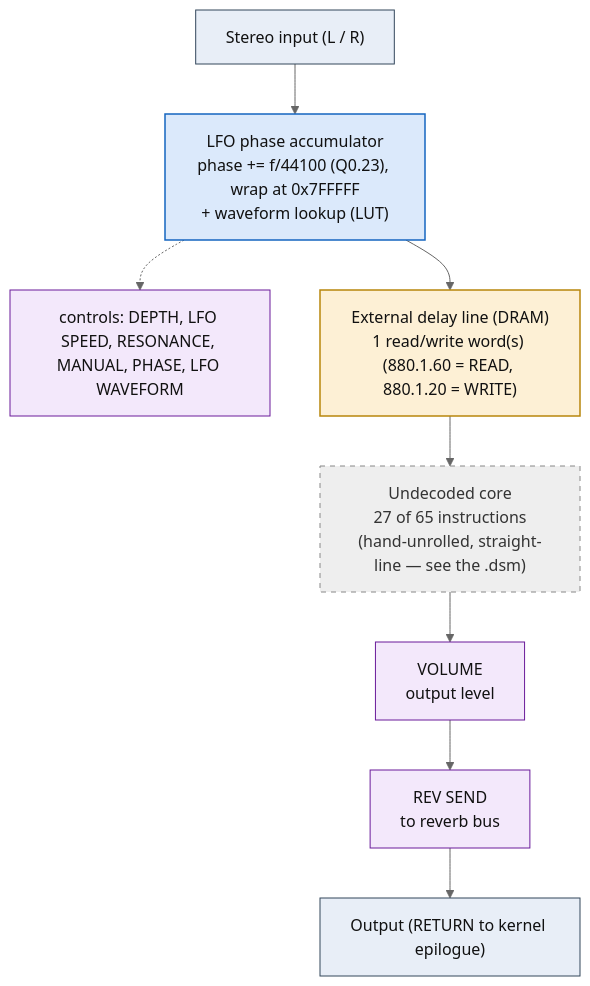
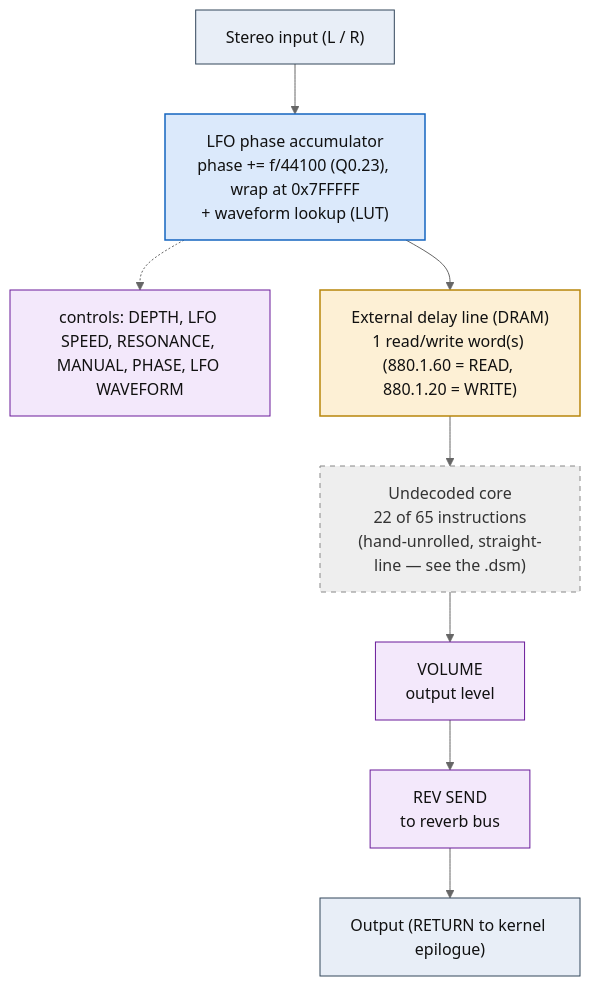
The diagram in dsp/flowcharts/prog04_flanger.md (ArqueologiaDigital/kn5000-roms-disasm), drawn with Mermaid (neutral theme) before and after one commit. The commit also changed other lines of this file and 78 other files, not shown here.

````diff
--- a/dsp/flowcharts/prog04_flanger.md
+++ b/dsp/flowcharts/prog04_flanger.md
@@ -12,30 +12,30 @@
 ```mermaid
 flowchart TD
     N0["Stereo input (L / R)"]
     N1["LFO phase accumulator<br/>phase += f/44100 (Q0.23), wrap at 0x7FFFFF<br/>+ waveform lookup (LUT)"]
     N0 --> N1
     N2["controls: DEPTH, LFO SPEED, RESONANCE, MANUAL, PHASE, LFO WAVEFORM"]
     N1 -.-> N2
     N3["External delay line (DRAM)<br/>1 read/write word(s) (880.1.60 = READ, 880.1.20 = WRITE)"]
     N1 --> N3
-    N4["Undecoded core<br/>27 of 65 instructions<br/>(hand-unrolled, straight-line &mdash; see the .dsm)"]
+    N4["Undecoded core<br/>22 of 65 instructions<br/>(hand-unrolled, straight-line &mdash; see the .dsm)"]
     N3 --> N4
     N5["VOLUME<br/>output level"]
     N4 --> N5
     N6["REV SEND<br/>to reverb bus"]
     N5 --> N6
     N7["Output (RETURN to kernel epilogue)"]
     N6 --> N7
 
     classDef io fill:#e8eef7,stroke:#33475b,stroke-width:1px,color:#111;
     classDef proven fill:#d7f0d7,stroke:#2e7d32,stroke-width:2px,color:#111;
     classDef measured fill:#dbe9fb,stroke:#1565c0,stroke-width:1.5px,color:#111;
     classDef inferred fill:#fdf0d5,stroke:#b8860b,stroke-width:1.5px,color:#111;
     classDef open fill:#eeeeee,stroke:#888,stroke-width:1px,color:#333,stroke-dasharray:5 5;
     classDef ctrl fill:#f3e8fb,stroke:#6a1b9a,stroke-width:1px,color:#111;
     class N0,N7 io;
     class N1 measured;
     class N2,N5,N6 ctrl;
     class N3 inferred;
     class N4 open;
 ```
````
